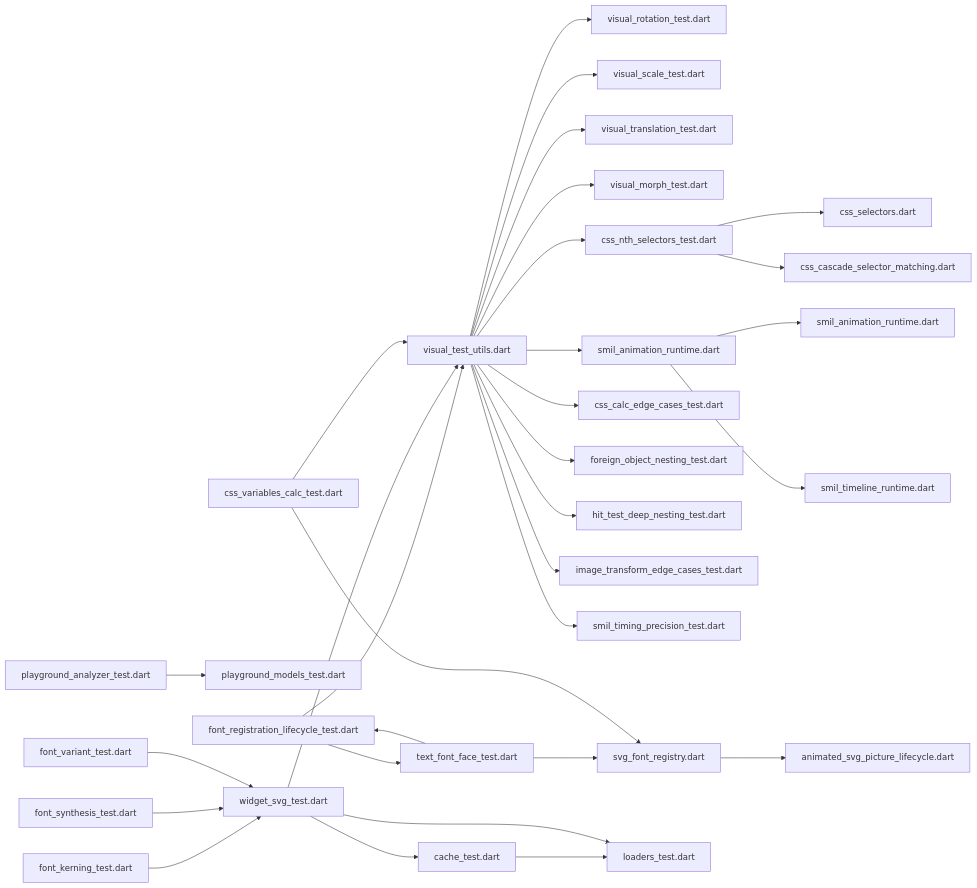
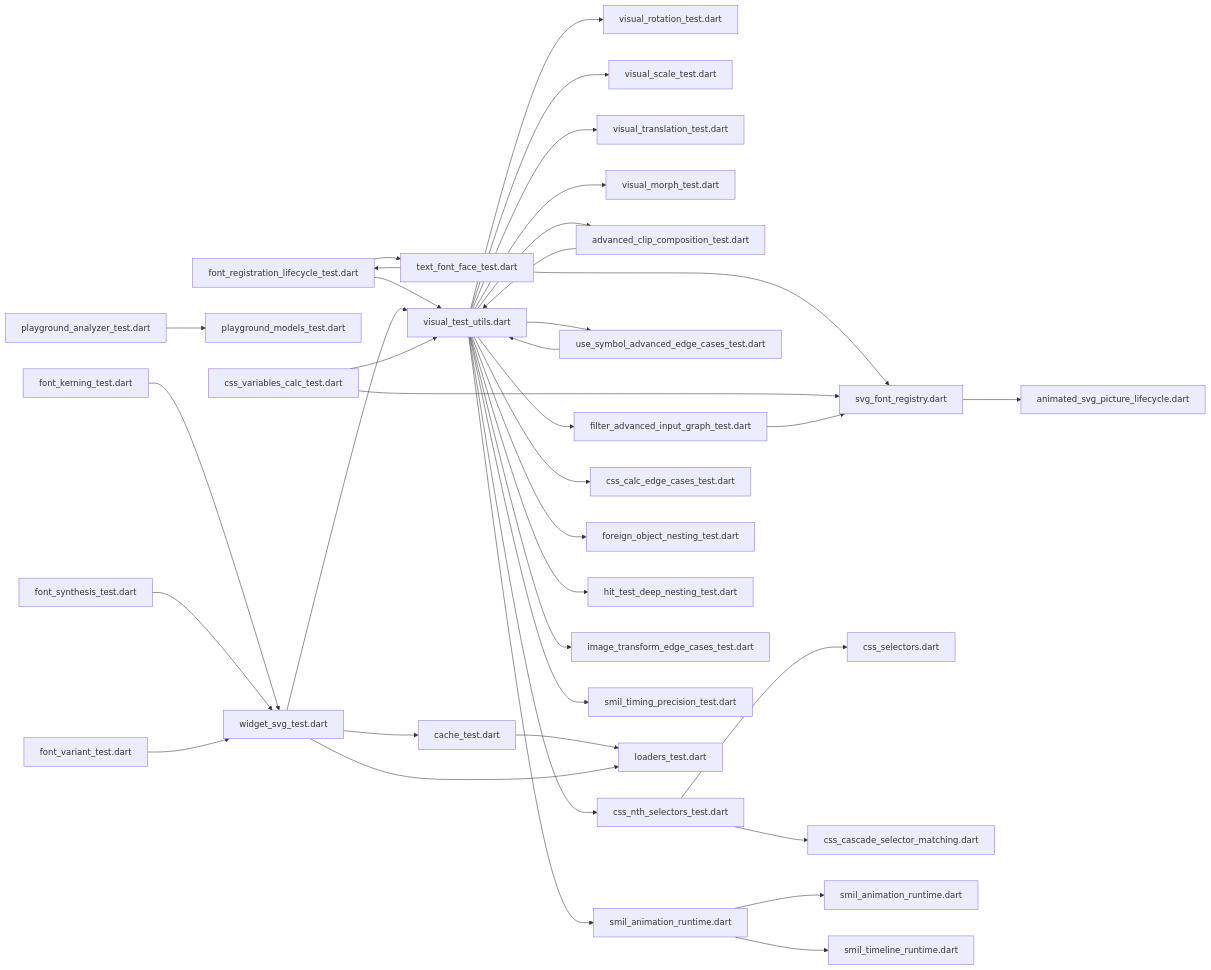
Before and after one commit to denisnadey/flutter_full_svg_support: diagram 21 of 21 in .qoder/repowiki/en/content/Testing Suite Updates.md, drawn with Mermaid. The commit also changed other lines of this file and 30 other files, not shown here.

````diff
--- a/.qoder/repowiki/en/content/Testing Suite Updates.md
+++ b/.qoder/repowiki/en/content/Testing Suite Updates.md
@@ -1084,33 +1429,39 @@
 ```mermaid
 graph LR
 VU["visual_test_utils.dart"] --> VR["visual_rotation_test.dart"]
 VU --> VS["visual_scale_test.dart"]
 VU --> VT["visual_translation_test.dart"]
 VU --> VM["visual_morph_test.dart"]
+VU --> ACC["advanced_clip_composition_test.dart"]
+VU --> FAG["filter_advanced_input_graph_test.dart"]
+VU --> USE["use_symbol_advanced_edge_cases_test.dart"]
 VU --> CNST["css_nth_selectors_test.dart"]
 VU --> SART["smil_animation_runtime.dart"]
 VU --> CCE["css_calc_edge_cases_test.dart"]
 VU --> FON["foreign_object_nesting_test.dart"]
 VU --> HTDN["hit_test_deep_nesting_test.dart"]
 VU --> ITE["image_transform_edge_cases_test.dart"]
 VU --> STP["smil_timing_precision_test.dart"]
 FRL["font_registration_lifecycle_test.dart"] --> TF["text_font_face_test.dart"]
 FRL --> VU
 TF --> FRL
 TF --> FR["svg_font_registry.dart"]
 FR --> AF["animated_svg_picture_lifecycle.dart"]
 CT["cache_test.dart"] --> LT["loaders_test.dart"]
 PA["playground_analyzer_test.dart"] --> PM["playground_models_test.dart"]
 WS["widget_svg_test.dart"] --> VU
 WS --> CT
 WS --> LT
 FK["font_kerning_test.dart"] --> WS
 FS["font_synthesis_test.dart"] --> WS
 FV["font_variant_test.dart"] --> WS
 CVC["css_variables_calc_test.dart"] --> VU
 CVC --> FR
 CNST --> CSSSEL["css_selectors.dart"]
 CNST --> CSSMATCH["css_cascade_selector_matching.dart"]
 SART --> SMILRUNTIME["smil_animation_runtime.dart"]
 SART --> SMILTIMELINE["smil_timeline_runtime.dart"]
+ACC --> VU
+FAG --> FR
+USE --> VU
 ```
````
